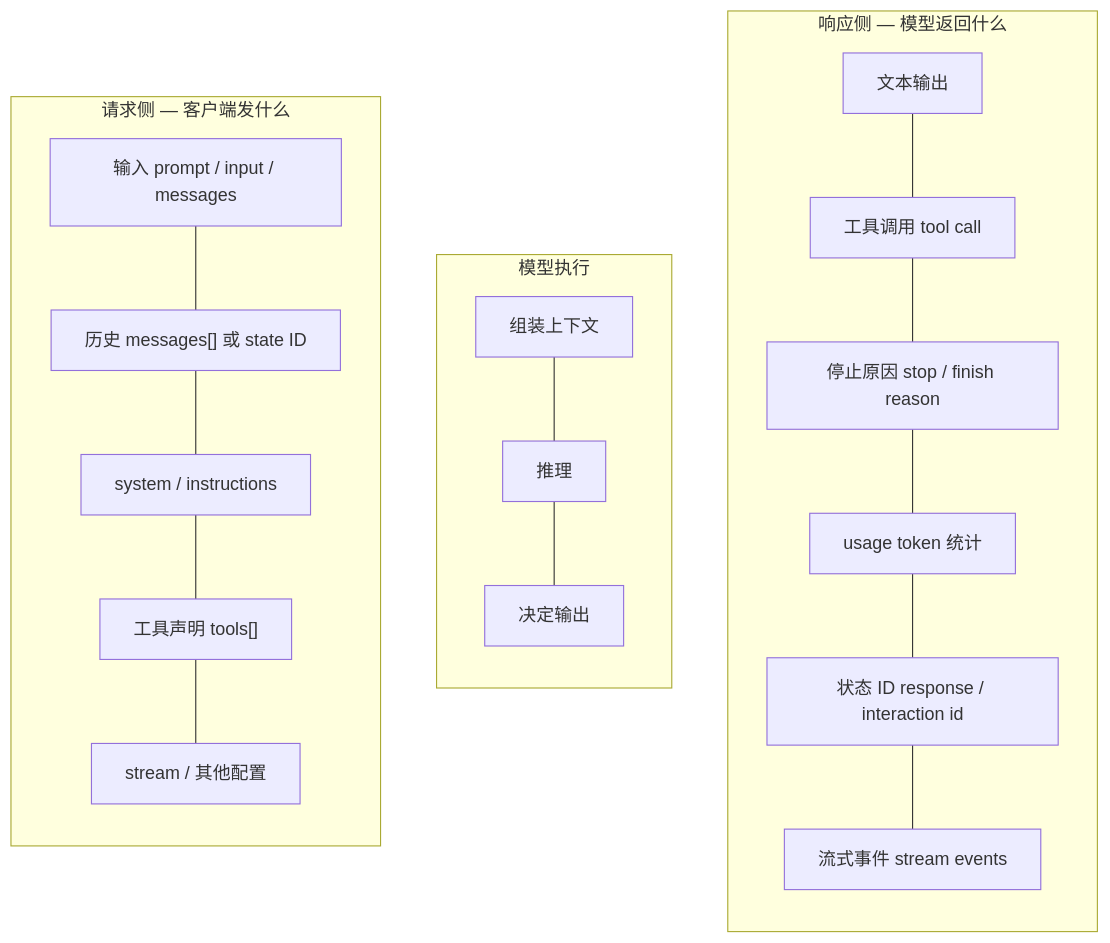
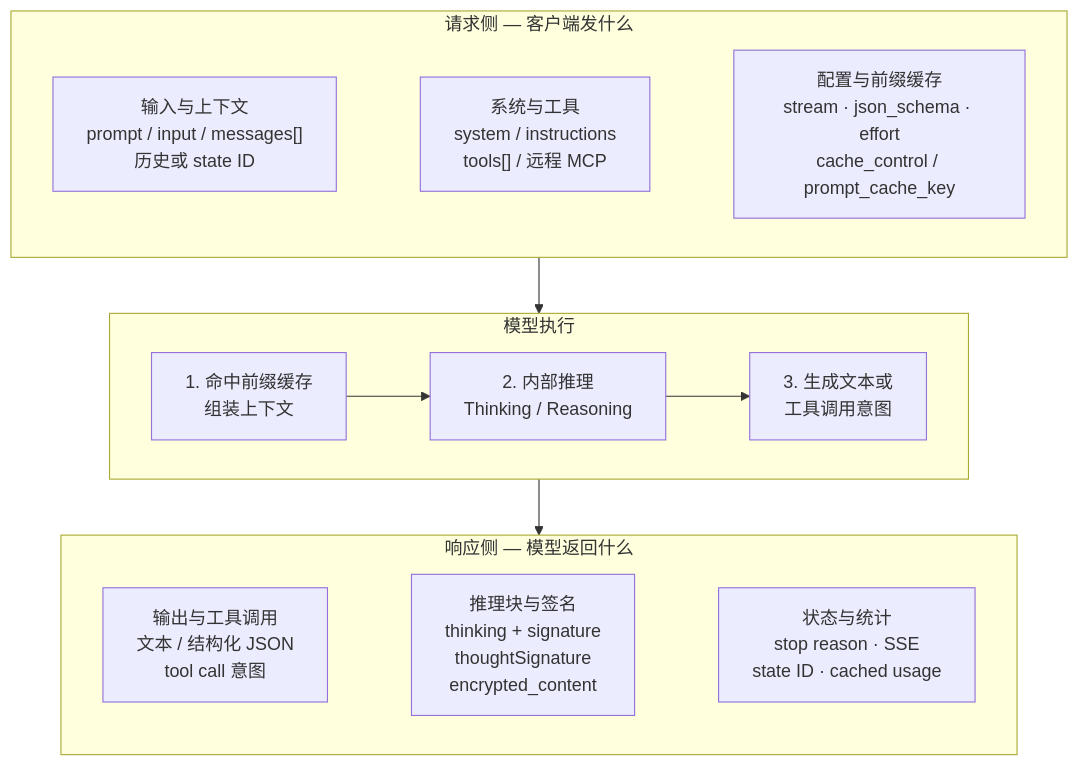
The diagram in docs/_posts/2026-05-16-llm-protocal.md (roshameow/personal_homepage), drawn with Mermaid before and after one commit. The commit also changed other lines of this file and 17 other files, not shown here.

Commit message:
Update blog posts and add QuantNight daemon architecture post

````diff
--- a/docs/_posts/2026-05-16-llm-protocal.md
+++ b/docs/_posts/2026-05-16-llm-protocal.md
@@ -16,65 +17,28 @@
 ```mermaid
+flowchart TB
+    subgraph req["请求侧 — 客户端发什么"]
+        direction LR
+        R1["输入与上下文<br/>prompt / input / messages[]<br/>历史或 state ID"]
+        R2["系统与工具<br/>system / instructions<br/>tools[] / 远程 MCP"]
+        R3["配置与前缀缓存<br/>stream · json_schema · effort<br/>cache_control / prompt_cache_key"]
+        R1 ~~~ R2 ~~~ R3
+    end
 
-flowchart LR
+    subgraph model["模型执行"]
+        direction LR
+        M1["1. 命中前缀缓存<br/>组装上下文"]
+        M2["2. 内部推理<br/>Thinking / Reasoning"]
+        M3["3. 生成文本或<br/>工具调用意图"]
+        M1 --> M2 --> M3
+    end
 
-subgraph req["请求侧 — 客户端发什么"]
+    subgraph resp["响应侧 — 模型返回什么"]
+        direction LR
+        S1["输出与工具调用<br/>文本 / 结构化 JSON<br/>tool call 意图"]
+        S2["推理块与签名<br/>thinking + signature<br/>thoughtSignature<br/>encrypted_content"]
+        S3["状态与统计<br/>stop reason · SSE<br/>state ID · cached usage"]
+        S1 ~~~ S2 ~~~ S3
+    end
 
-direction TB
-
-R1["输入 prompt / input / messages"]
-
-R2["历史 messages[] 或 state ID"]
-
-R3["system / instructions"]
-
-R4["工具声明 tools[]"]
-
-R5["stream / 其他配置"]
-
-R1 --- R2 --- R3 --- R4 --- R5
-
-end
-
-  
-
-subgraph model["模型执行"]
-
-direction TB
-
-M1["组装上下文"]
-
-M2["推理"]
-
-M3["决定输出"]
-
-M1 --- M2 --- M3
-
-end
-
-  
-
-subgraph resp["响应侧 — 模型返回什么"]
-
-direction TB
-
-S1["文本输出"]
-
-S2["工具调用 tool call"]
-
-S3["停止原因 stop / finish reason"]
-
-S4["usage token 统计"]
-
-S5["状态 ID response / interaction id"]
-
-S6["流式事件 stream events"]
-
-S1 --- S2 --- S3 --- S4 --- S5 --- S6
-
-end
-
-  
-
-req ~~~ model ~~~ resp
-
+    req --> model --> resp
 ```
````
